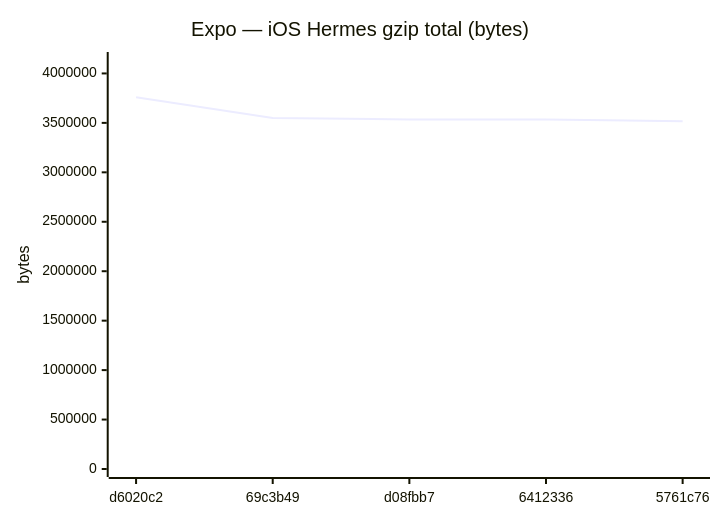
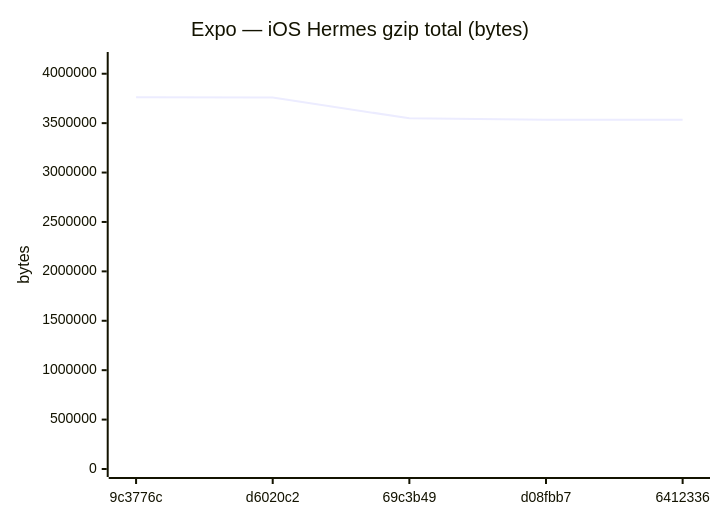
Before and after one commit to Metaheurist/Rianell: diagram 12 of 18 in benchmarks/compare.md, drawn with Mermaid. The commit also changed other lines of this file and 11 other files, not shown here.

````diff
--- a/benchmarks/compare.md
+++ b/benchmarks/compare.md
@@ -179,7 +179,7 @@
 ```mermaid
 xychart-beta
     title "Expo — iOS Hermes gzip total (bytes)"
-    x-axis ["d6020c2", "69c3b49", "d08fbb7", "6412336", "5761c76"]
-    y-axis "bytes" 0 --> 4135860
-    line [3759872, 3548602, 3534279, 3535273, 3515861]
+    x-axis ["9c3776c", "d6020c2", "69c3b49", "d08fbb7", "6412336"]
+    y-axis "bytes" 0 --> 4139007
+    line [3762733, 3759872, 3548602, 3534279, 3535273]
 ```
````
